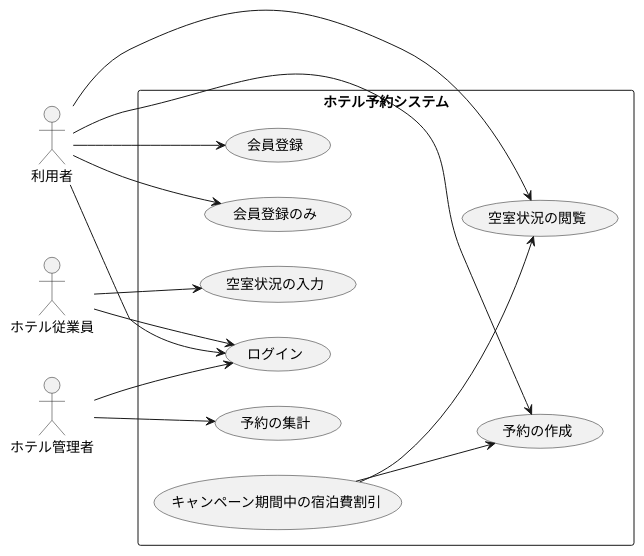
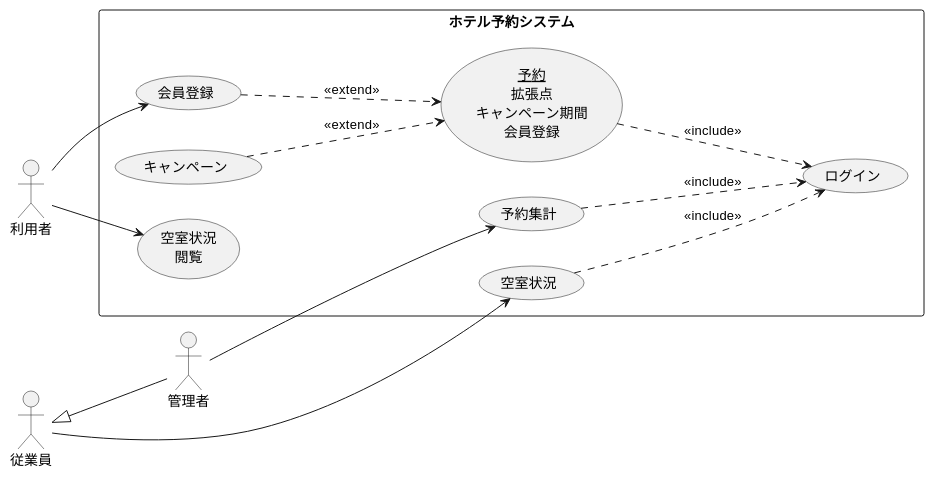
One commit to masakan590/uml-introduction changed the diagram in 演習2-8_UC_ホテル予約システム.pu. Above: the diagram before and after it, drawn with PlantUML. The commit also changed 3 other files, not shown here.

```diff
--- a/演習2-8_UC_ホテル予約システム.pu
+++ b/演習2-8_UC_ホテル予約システム.pu
@@ -1,25 +1,25 @@
 @startuml 演習2-8
 left to right direction
-actor 利用者 as user
-actor ホテル従業員 as employee
-actor ホテル管理者 as admin
-
-rectangle "ホテル予約システム" {
-  user --> (空室状況の閲覧)
-  user --> (予約の作成)
-
-  employee --> (空室状況の入力)
-
-  admin --> (予約の集計)
-
-  user --> (ログイン)
-  user --> (会員登録)
-  user --> (会員登録のみ)
-
-  employee --> (ログイン)
-  admin --> (ログイン)
-
-  (キャンペーン期間中の宿泊費割引) --> (空室状況の閲覧)
-  (キャンペーン期間中の宿泊費割引) --> (予約の作成)
+actor 利用者
+actor 従業員
+actor 管理者
+rectangle ホテル予約システム{
+usecase 会員登録
+usecase キャンペーン
+usecase (空室状況\n閲覧) as ku
+usecase (<u>予約</u>\n拡張点\nキャンペーン期間\n会員登録) as input
+usecase 予約集計
+usecase 空室状況
+usecase ログイン
 }
+利用者 --> 会員登録
+利用者 --> ku
+会員登録 ...> input :<<extend>>
+キャンペーン ...> input :<<extend>>
+input ...> ログイン :<<include>>
+予約集計 ...> ログイン :<<include>>
+空室状況 ...> ログイン :<<include>>
+従業員 <|-- 管理者
+管理者 ---> 予約集計
+従業員 --> 空室状況
 @enduml
```
